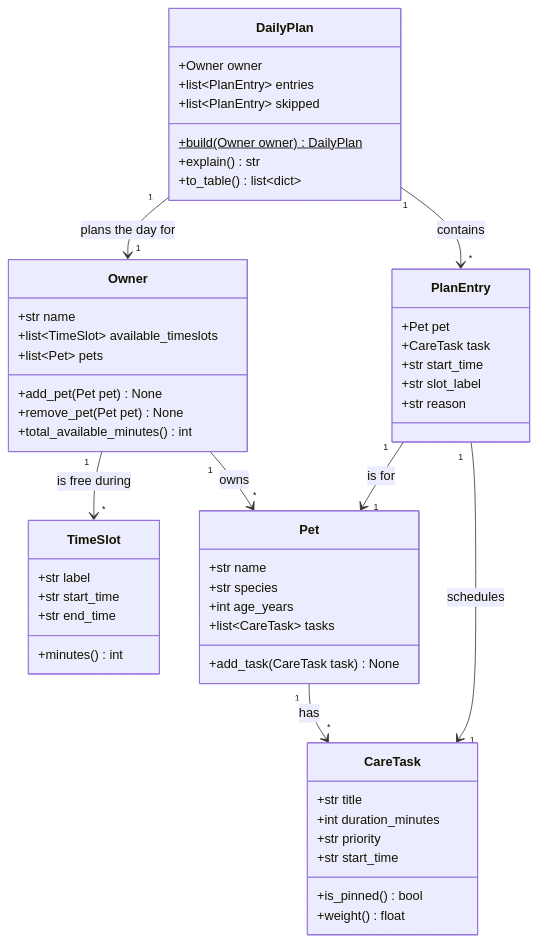
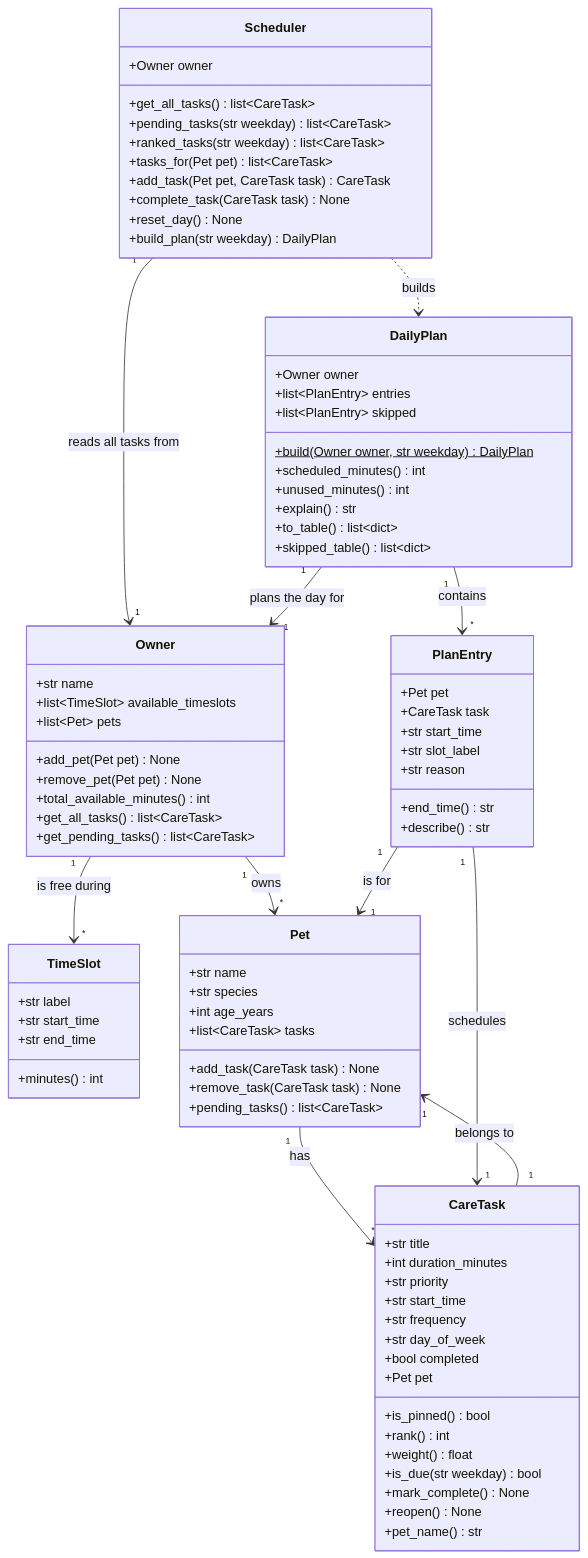
The diagram in diagrams/uml_draft.mmd (aishrad2/ai110-module2show-pawpal-starter), drawn with Mermaid before and after one commit. The commit also changed 5 other files, not shown here.

```diff
--- a/diagrams/uml_draft.mmd
+++ b/diagrams/uml_draft.mmd
@@ -1,58 +1,91 @@
 classDiagram
     class TimeSlot {
         +str label
         +str start_time
         +str end_time
         +minutes() int
     }
 
     class Owner {
         +str name
         +list~TimeSlot~ available_timeslots
         +list~Pet~ pets
         +add_pet(Pet pet) None
         +remove_pet(Pet pet) None
         +total_available_minutes() int
+        +get_all_tasks() list~CareTask~
+        +get_pending_tasks() list~CareTask~
     }
 
     class Pet {
         +str name
         +str species
         +int age_years
         +list~CareTask~ tasks
         +add_task(CareTask task) None
+        +remove_task(CareTask task) None
+        +pending_tasks() list~CareTask~
     }
 
     class CareTask {
         +str title
         +int duration_minutes
         +str priority
         +str start_time
+        +str frequency
+        +str day_of_week
+        +bool completed
+        +Pet pet
         +is_pinned() bool
+        +rank() int
         +weight() float
+        +is_due(str weekday) bool
+        +mark_complete() None
+        +reopen() None
+        +pet_name() str
+    }
+
+    class Scheduler {
+        +Owner owner
+        +get_all_tasks() list~CareTask~
+        +pending_tasks(str weekday) list~CareTask~
+        +ranked_tasks(str weekday) list~CareTask~
+        +tasks_for(Pet pet) list~CareTask~
+        +add_task(Pet pet, CareTask task) CareTask
+        +complete_task(CareTask task) None
+        +reset_day() None
+        +build_plan(str weekday) DailyPlan
     }
 
     class PlanEntry {
         +Pet pet
         +CareTask task
         +str start_time
         +str slot_label
         +str reason
+        +end_time() str
+        +describe() str
     }
 
     class DailyPlan {
         +Owner owner
         +list~PlanEntry~ entries
         +list~PlanEntry~ skipped
-        +build(Owner owner)$ DailyPlan
+        +build(Owner owner, str weekday)$ DailyPlan
+        +scheduled_minutes() int
+        +unused_minutes() int
         +explain() str
         +to_table() list~dict~
+        +skipped_table() list~dict~
     }
 
     Owner "1" --> "*" Pet : owns
     Owner "1" --> "*" TimeSlot : is free during
     Pet "1" --> "*" CareTask : has
+    CareTask "1" --> "1" Pet : belongs to
+    Scheduler "1" --> "1" Owner : reads all tasks from
+    Scheduler ..> DailyPlan : builds
     DailyPlan "1" --> "1" Owner : plans the day for
     DailyPlan "1" --> "*" PlanEntry : contains
     PlanEntry "1" --> "1" CareTask : schedules
     PlanEntry "1" --> "1" Pet : is for
```
